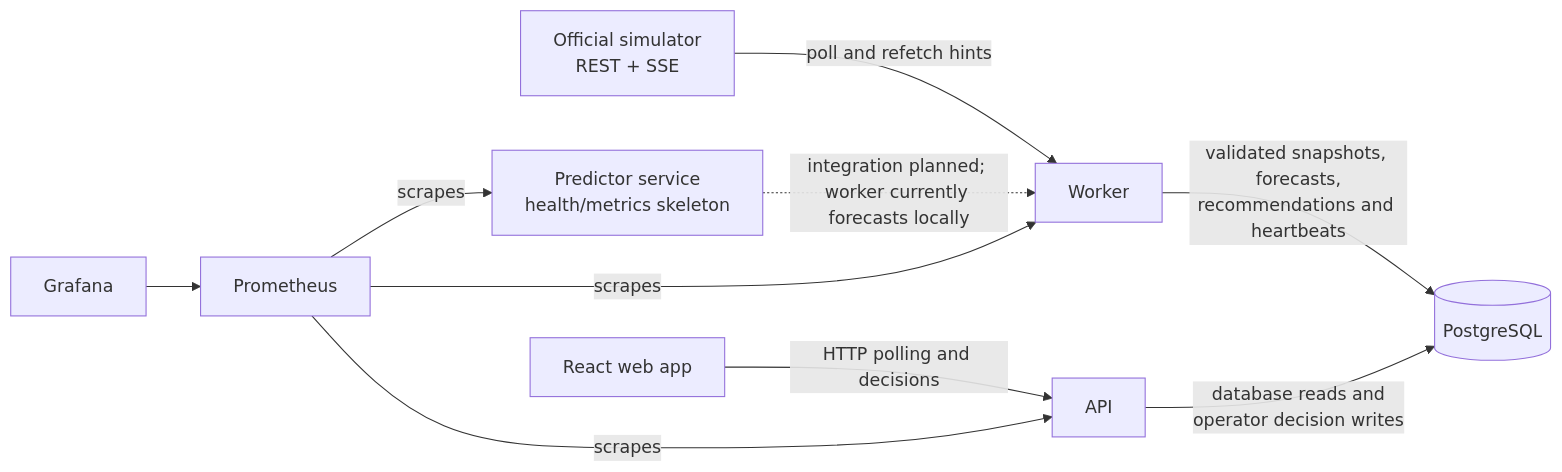
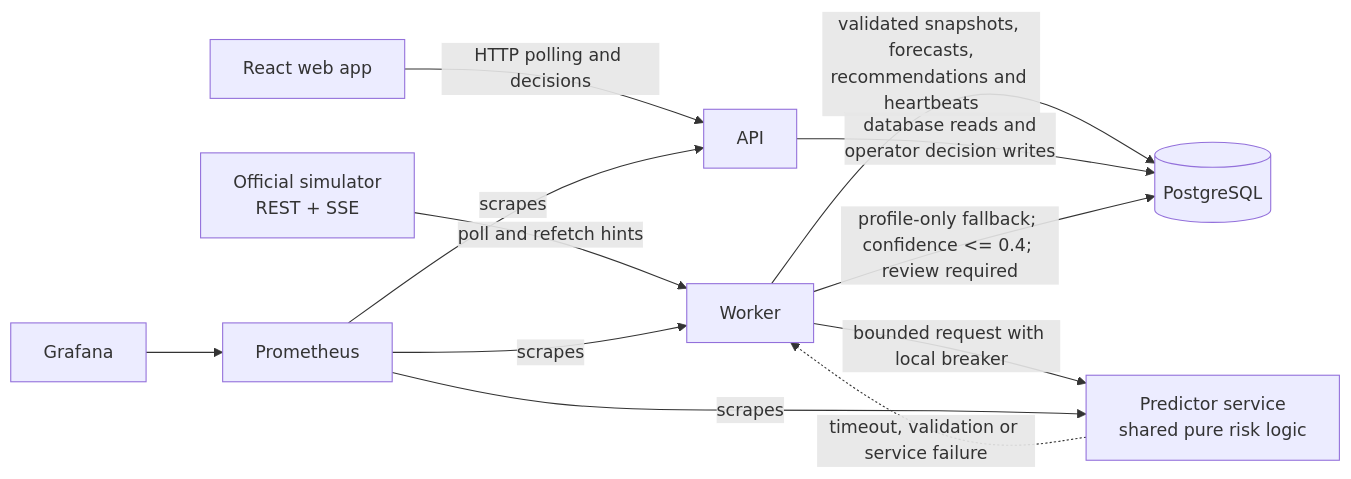
One commit to thunderstorm009/fuel_simulator changed the diagram in docs/architecture.md. Above: the diagram before and after it, drawn with Mermaid. The commit also changed other lines of this file and 74 other files, not shown here.

````diff
--- a/docs/architecture.md
+++ b/docs/architecture.md
@@ -5,12 +5,14 @@
 ```mermaid
 flowchart LR
   SIM[Official simulator<br/>REST + SSE] -->|poll and refetch hints| W[Worker]
   W -->|validated snapshots, forecasts,<br/>recommendations and heartbeats| DB[(PostgreSQL)]
   A[API] -->|database reads and<br/>operator decision writes| DB
   WEB[React web app] -->|HTTP polling and decisions| A
-  P[Predictor service<br/>health/metrics skeleton] -. "integration planned; worker currently forecasts locally" .-> W
+  W -->|bounded request with local breaker| P[Predictor service<br/>shared pure risk logic]
+  P -. "timeout, validation or service failure" .-> W
+  W -->|profile-only fallback; confidence <= 0.4; review required| DB
   PROM[Prometheus] -->|scrapes| A
   PROM -->|scrapes| W
   PROM -->|scrapes| P
   G[Grafana] --> PROM
 ```
````
